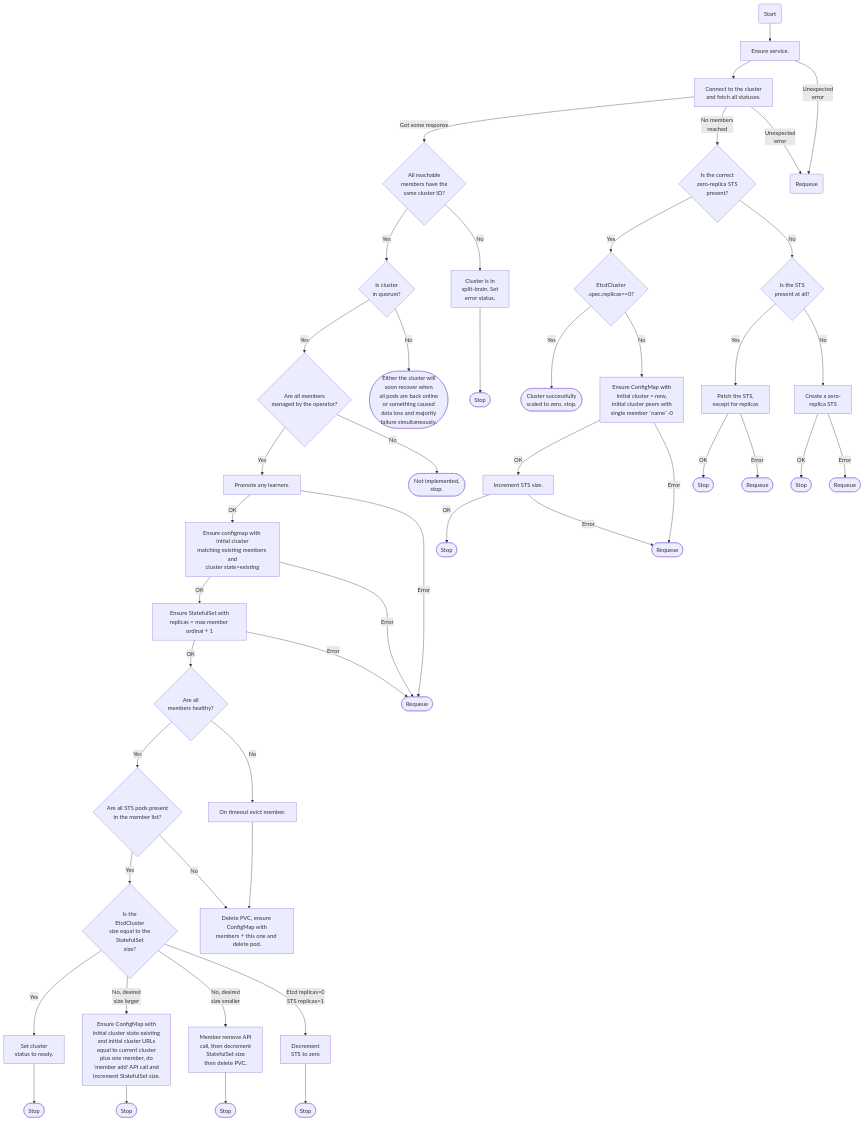
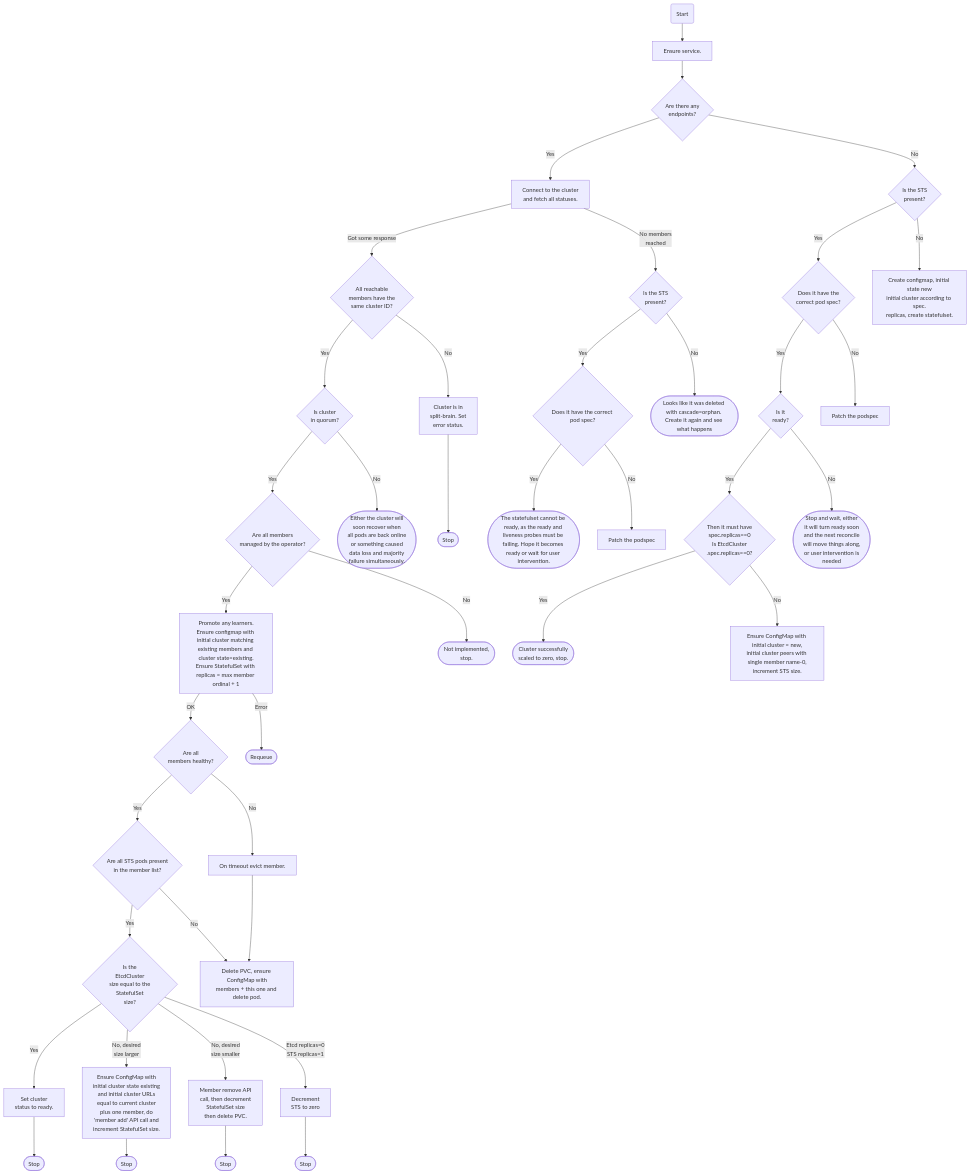
One commit to aenix-io/etcd-operator changed the diagram in docs/DESIGN.md. Above: the diagram before and after it, drawn with Mermaid.

Commit message:
updates to flowchart

````diff
--- a/docs/DESIGN.md
+++ b/docs/DESIGN.md
@@ -8,63 +8,66 @@
 ```mermaid
 flowchart TD
-    Start(Start) --> A0[Ensure service.]
-      A0 --> A1[Connect to the cluster\nand fetch all statuses.]
-      A1 --> |Got some response| AA{All reachable\nmembers have the\nsame cluster ID?}
-        AA --> |Yes| AAA{Is cluster\nin quorum?}
-          AAA --> |Yes| AAAA{Are all members \nmanaged by the operator?}
-            AAAA --> |Yes| AAAAA0[Promote any learners.]
-              AAAAA0 --> |OK| AAAAA1[Ensure configmap with initial cluster\nmatching existing members and\ncluster state=existing]
-              AAAAA1 --> |OK| AAAAA2[Ensure StatefulSet with\nreplicas = max member ordinal + 1]
-              AAAAA2 --> |OK| AAAAAA{Are all\nmembers healthy?}
-                AAAAAA --> |Yes| AAAAAAA{Are all STS pods present\nin the member list?}
-                  AAAAAAA --> |Yes| AAAAAAAA{Is the\nEtcdCluster\nsize equal to the\nStatefulSet\nsize?}
-                    AAAAAAAA -->|Yes| AAAAAAAAA[Set cluster\nstatus to ready.]
-                      AAAAAAAAA --> HappyStop([Stop])
+    Start(Start) --> A[Ensure service.]
+      A --> AA{Are there any\nendpoints?}
+        AA --> |Yes| AAA[Connect to the cluster\nand fetch all statuses.]
+          AAA --> |Got some response| AAAA{All reachable\nmembers have the\nsame cluster ID?}
+            AAAA --> |Yes| AAAAA{Is cluster\nin quorum?}
+              AAAAA --> |Yes| AAAAAA{Are all members \nmanaged by the operator?}
+                AAAAAA --> |Yes| AAAAAAA["`
+                  Promote any learners.
+                  Ensure configmap with initial cluster matching existing members and cluster state=existing.
+                  Ensure StatefulSet with replicas = max member ordinal + 1
+                `"]
+                  AAAAAAA --> |OK| AAAAAAAA{Are all\nmembers healthy?}
+                    AAAAAAAA --> |Yes| AAAAAAAAA{Are all STS pods present\nin the member list?}
+                      AAAAAAAAA --> |Yes| AAAAAAAAAA{Is the\nEtcdCluster\nsize equal to the\nStatefulSet\nsize?}
+                        AAAAAAAAAA -->|Yes| AAAAAAAAAAA[Set cluster\nstatus to ready.]
+                          AAAAAAAAAAA --> HappyStop([Stop])
 
-                    AAAAAAAA --> |No, desired\nsize larger| AAAAAAAAB[Ensure ConfigMap with\ninitial cluster state existing\nand initial cluster URLs\nequal to current cluster\nplus one member, do\n'member add' API call and\nincrement StatefulSet size.]
-                      AAAAAAAAB --> ScaleUpStop([Stop])
+                        AAAAAAAAAA --> |No, desired\nsize larger| AAAAAAAAAAB[Ensure ConfigMap with\ninitial cluster state existing\nand initial cluster URLs\nequal to current cluster\nplus one member, do\n'member add' API call and\nincrement StatefulSet size.]
+                          AAAAAAAAAAB --> ScaleUpStop([Stop])
 
-                    AAAAAAAA --> |No, desired\nsize smaller| AAAAAAAAC[Member remove API\ncall, then decrement\nStatefulSet size\nthen delete PVC.]
-                      AAAAAAAAC --> ScaleDownStop([Stop])
+                        AAAAAAAAAA --> |No, desired\nsize smaller| AAAAAAAAAAC[Member remove API\ncall, then decrement\nStatefulSet size\nthen delete PVC.]
+                          AAAAAAAAAAC --> ScaleDownStop([Stop])
 
-                    AAAAAAAA --> |Etcd replicas=0\nSTS replicas=1| AAAAAAAAD[Decrement\nSTS to zero]
-                      AAAAAAAAD --> ScaleToZeroStop([Stop])
+                        AAAAAAAAAA --> |Etcd replicas=0\nSTS replicas=1| AAAAAAAAAAD[Decrement\nSTS to zero]
+                          AAAAAAAAAAD --> ScaleToZeroStop([Stop])
 
-                AAAAAA --> |No| AAAAAAB1[On timeout evict member.]
-                  AAAAAAB1 --> AAAAAAB2[Delete PVC, ensure ConfigMap with\nmembers + this one and delete pod.]
+                    AAAAAAAA --> |No| AAAAAAAAB1[On timeout evict member.]
+                      AAAAAAAAB1 --> AAAAAAAAB2[Delete PVC, ensure ConfigMap with\nmembers + this one and delete pod.]
 
-                AAAAAAA --> |No| AAAAAAB2
+                    AAAAAAAAA --> |No| AAAAAAAAB2
 
-              AAAAA0 -->|Error| AAAAAB([Requeue])
-              AAAAA1 -->|Error| AAAAAB([Requeue])
-              AAAAA2 -->|Error| AAAAAB([Requeue])
+                  AAAAAAA -->|Error| AAAAAAAB([Requeue])
 
-            AAAA --> |No| AAAAB([Not implemented,\nstop.])
+                AAAAAA --> |No| AAAAAAB([Not implemented,\nstop.])
 
-          AAA --> |No| AAAB([Either the cluster will\nsoon recover when\nall pods are back online\nor something caused\ndata loss and majority\n failure simultaneously.])
+              AAAAA --> |No| AAAAAB([Either the cluster will\nsoon recover when\nall pods are back online\nor something caused\ndata loss and majority\n failure simultaneously.])
 
-        AA --> |No| AAB[Cluster is in\nsplit-brain. Set\nerror status.]
-          AAB --> AABStop([Stop])
+            AAAA --> |No| AAAAB[Cluster is in\nsplit-brain. Set\nerror status.]
+              AAAAB --> AAAABStop([Stop])
 
-      A1 --> |No members\nreached| AB{Is the correct\nzero-replica STS\npresent?}
-        AB --> |Yes| ABA{EtcdCluster\n.spec.replicas==0?}
-          ABA --> |Yes| ABAA([Cluster successfully\nscaled to zero, stop.])
-          ABA --> |No| ABAB[Ensure ConfigMap with\ninitial cluster = new,\ninitial cluster peers with\nsingle member `name`-0]
-            ABAB --> |OK| ABABA[Increment STS size.]
-              ABABA --> |OK| ABABAA([Stop])
-              ABABA --> |Error| ABABAB([Requeue])
+          AAA --> |No members\nreached| AAAB{Is the STS\npresent?}
+            AAAB --> |Yes| AAABA{"`Does it have the correct pod spec?`"}
+              AAABA --> |Yes| AAABAA(["`The statefulset cannot be ready, as the ready and liveness probes must be failing. Hope it becomes ready or wait for user intervention.`"])
+              AAABA --> |No| AAABAB["`Patch the podspec`"]
 
-            ABAB --> |Error| ABABAB
+            AAAB --> |No| AAABB(["`Looks like it was deleted with cascade=orphan. Create it again and see what happens`"])
 
-        AB --> |No| ABB{Is the STS\npresent at all?}
-          ABB --> |Yes| ABBA[Patch the STS,\nexcept for replicas]
-            ABBA --> |OK| ABBAA([Stop])
-            ABBA --> |Error| ABBAB([Requeue])
+        AA --> |No| AAB{Is the STS\npresent?}
+          AAB --> |Yes| AABA{Does it have the\ncorrect pod spec?}
+            AABA --> |Yes| AABAA{Is it\nready?}
+              AABAA --> |Yes| AABAAA{Then it must have\nspec.replicas==0\n Is EtcdCluster\n.spec.replicas==0?}
+                AABAAA --> |Yes| AABAAAA([Cluster successfully\nscaled to zero, stop.])
+                AABAAA --> |No| AABAAAB["`
+                  Ensure ConfigMap with initial cluster = new,
+                  initial cluster peers with single member name-0,
+                  increment STS size.
+                `"]
 
-          ABB --> |No| ABBB[Create a zero-\nreplica STS]
-            ABBB --> |OK| ABBBA([Stop])
-            ABBB --> |Error| ABBBB([Requeue])
+              AABAA --> |No| AABAAB([Stop and wait, either\nit will turn ready soon\nand the next reconcile\nwill move things along,\nor user intervention is\nneeded])
 
-      A0 --> |Unexpected\nerror| AC(Requeue)
-      A1 --> |Unexpected\nerror| AC(Requeue)
+            AABA --> |No| AABAB[Patch the podspec]
+
+          AAB --> |No| AABB[Create configmap, initial state new\ninitial cluster according to spec.\nreplicas, create statefulset.]
 ```
````
